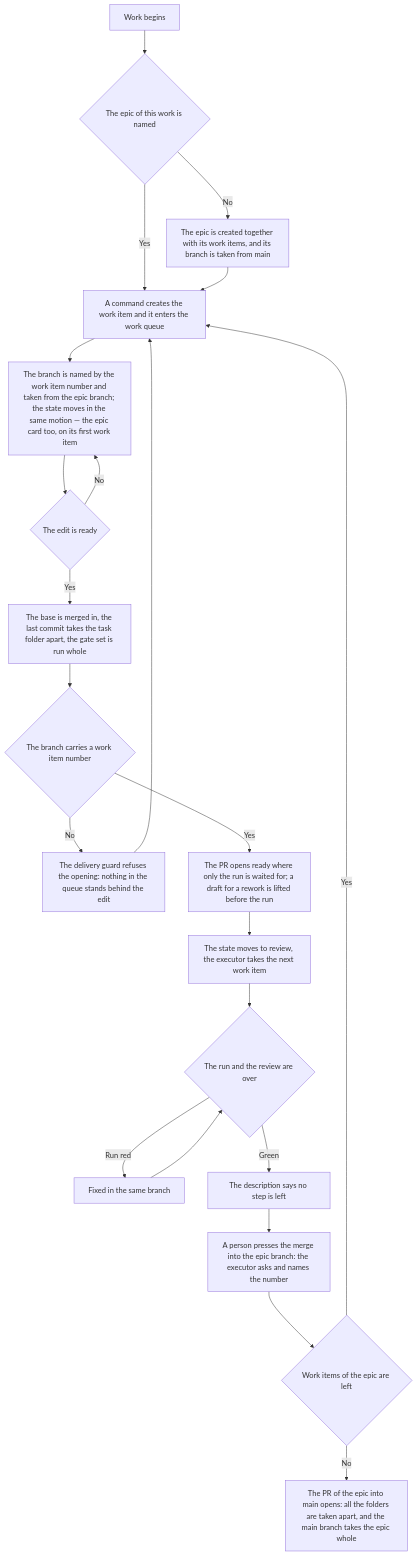
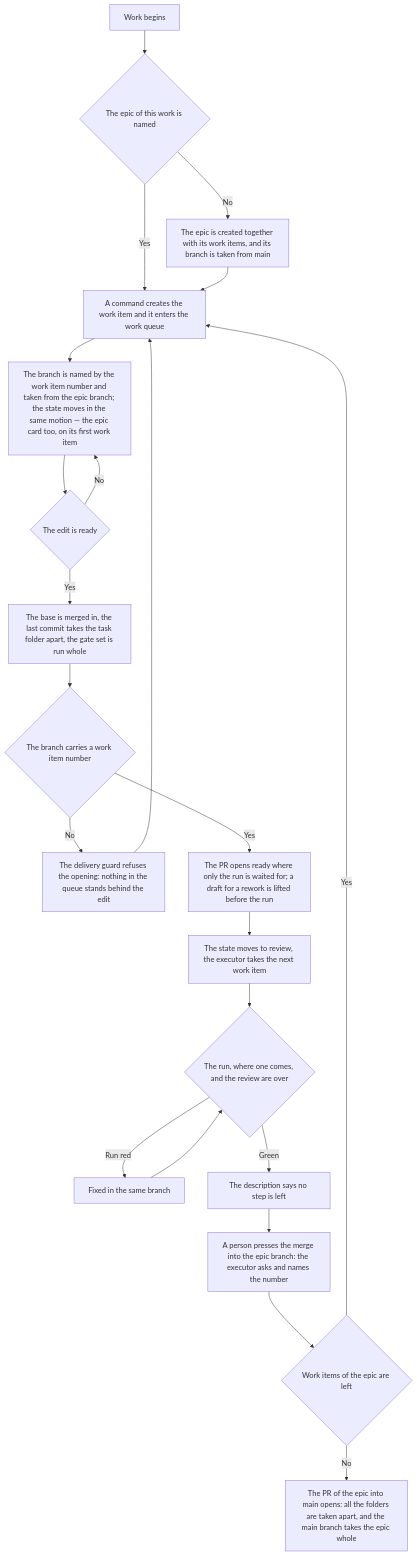
One commit to Eyhenij/rt-tools changed the diagram in projects/agent-kit/assets/rules/git-workflow.azure.md. Above: the diagram before and after it, drawn with Mermaid. The commit also changed other lines of this file and 12 other files, not shown here.

````diff
--- a/projects/agent-kit/assets/rules/git-workflow.azure.md
+++ b/projects/agent-kit/assets/rules/git-workflow.azure.md
@@ -46,24 +46,24 @@
 ```mermaid
 flowchart TD
     A[Work begins] --> Z{The epic of this work is named}
     Z -->|No| Y[The epic is created together with its work items, and its branch is taken from main]
     Z -->|Yes| B[A command creates the work item and it enters the work queue]
     Y --> B
     B --> C[The branch is named by the work item number and taken from the epic branch; the state moves in the same motion — the epic card too, on its first work item]
     C --> D{The edit is ready}
     D -->|No| C
     D -->|Yes| E[The base is merged in, the last commit takes the task folder apart, the gate set is run whole]
     E --> F{The branch carries a work item number}
     F -->|No| G[The delivery guard refuses the opening: nothing in the queue stands behind the edit]
     F -->|Yes| H[The PR opens ready where only the run is waited for; a draft for a rework is lifted before the run]
     H --> I[The state moves to review, the executor takes the next work item]
-    I --> J{The run and the review are over}
+    I --> J{The run, where one comes, and the review are over}
     J -->|Run red| K[Fixed in the same branch]
     K --> J
     J -->|Green| L[The description says no step is left]
     L --> M[A person presses the merge into the epic branch: the executor asks and names the number]
     M --> N{Work items of the epic are left}
     N -->|Yes| B
     N -->|No| O[The PR of the epic into main opens: all the folders are taken apart, and the main branch takes the epic whole]
     G --> B
 ```
````
